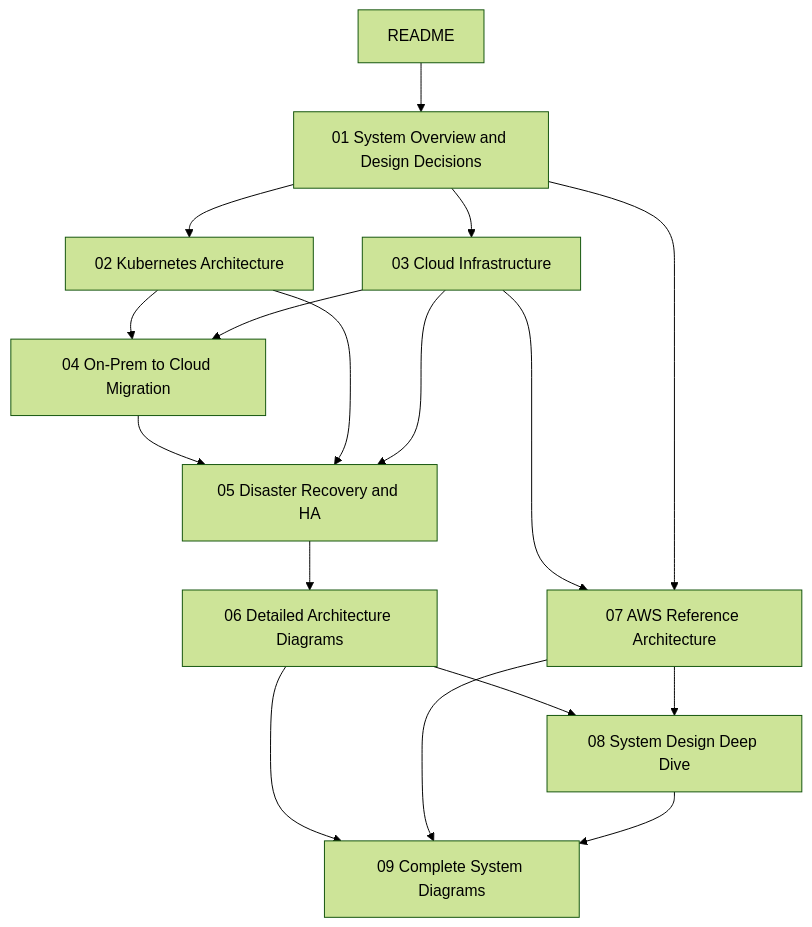
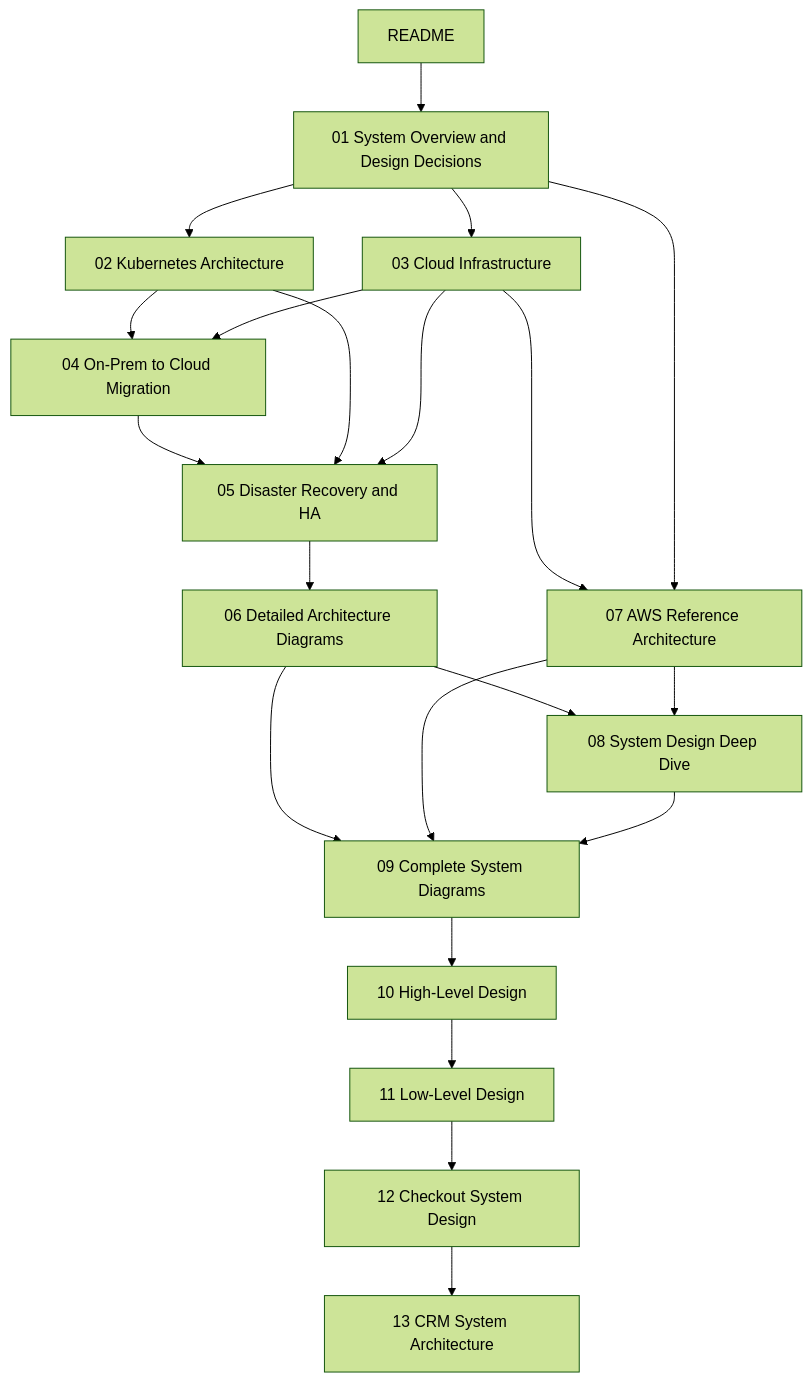
Before and after one commit to ShasidharReddy/Linux: the third of 3 diagrams in Architecture/README.md, drawn with Mermaid (forest theme). The commit also changed other lines of this file and 4 other files, not shown here.

First line of the commit message:
Add HLD, LLD, and Checkout System Design for e-commerce architecture (#11)

````diff
--- a/Architecture/README.md
+++ b/Architecture/README.md
@@ -117,19 +117,23 @@
 ```mermaid
 flowchart TD
     A[README] --> B[01 System Overview and Design Decisions]
     B --> C[02 Kubernetes Architecture]
     B --> D[03 Cloud Infrastructure]
     C --> E[04 On-Prem to Cloud Migration]
     D --> E
     E --> F[05 Disaster Recovery and HA]
     C --> F
     D --> F
     F --> G[06 Detailed Architecture Diagrams]
     D --> H[07 AWS Reference Architecture]
     B --> H
     G --> I[08 System Design Deep Dive]
     H --> I
     G --> J[09 Complete System Diagrams]
     H --> J
     I --> J
+    J --> K[10 High-Level Design]
+    K --> L[11 Low-Level Design]
+    L --> M[12 Checkout System Design]
+    M --> N[13 CRM System Architecture]
 ```
````
